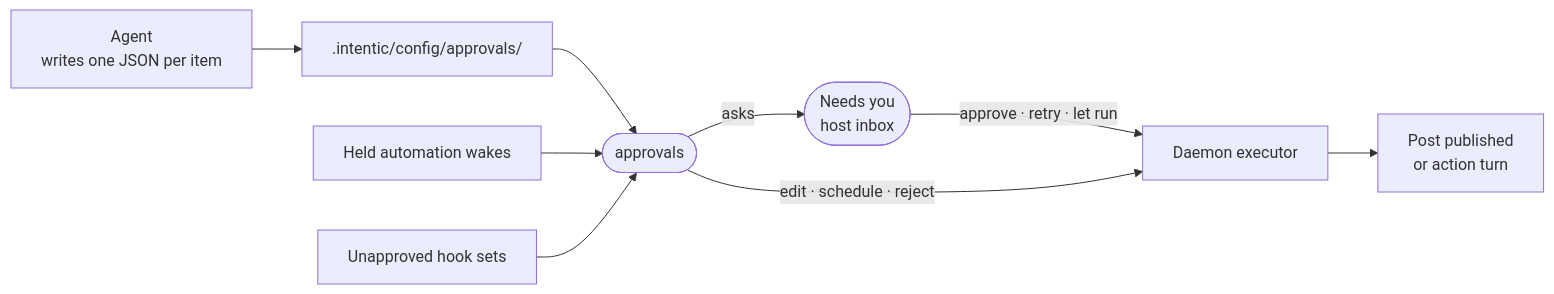
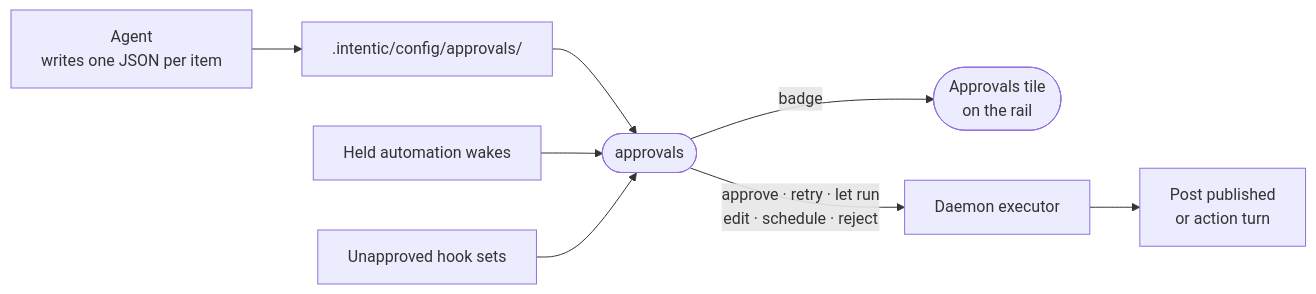
The diagram in _extensions/approvals/README.md (intentic/intentic), drawn with Mermaid before and after one commit. The commit also changed other lines of this file and 49 other files, not shown here.

Commit message:
feat: needs you moved out to extension

````diff
--- a/_extensions/approvals/README.md
+++ b/_extensions/approvals/README.md
@@ -5,11 +5,10 @@
 ```mermaid
 flowchart LR
     agent["Agent<br/>writes one JSON per item"] --> dir[".intentic/config/approvals/"]
     dir --> view(["approvals"])
     held["Held automation wakes"] --> view
     hooks["Unapproved hook sets"] --> view
-    view -->|"asks"| inbox(["Needs you<br/>host inbox"])
-    inbox -->|"approve · retry · let run"| daemon["Daemon executor"]
-    view -->|"edit · schedule · reject"| daemon
+    view -->|"badge"| tile(["Approvals tile<br/>on the rail"])
+    view -->|"approve · retry · let run<br/>edit · schedule · reject"| daemon["Daemon executor"]
     daemon --> out["Post published<br/>or action turn"]
 ```
````
